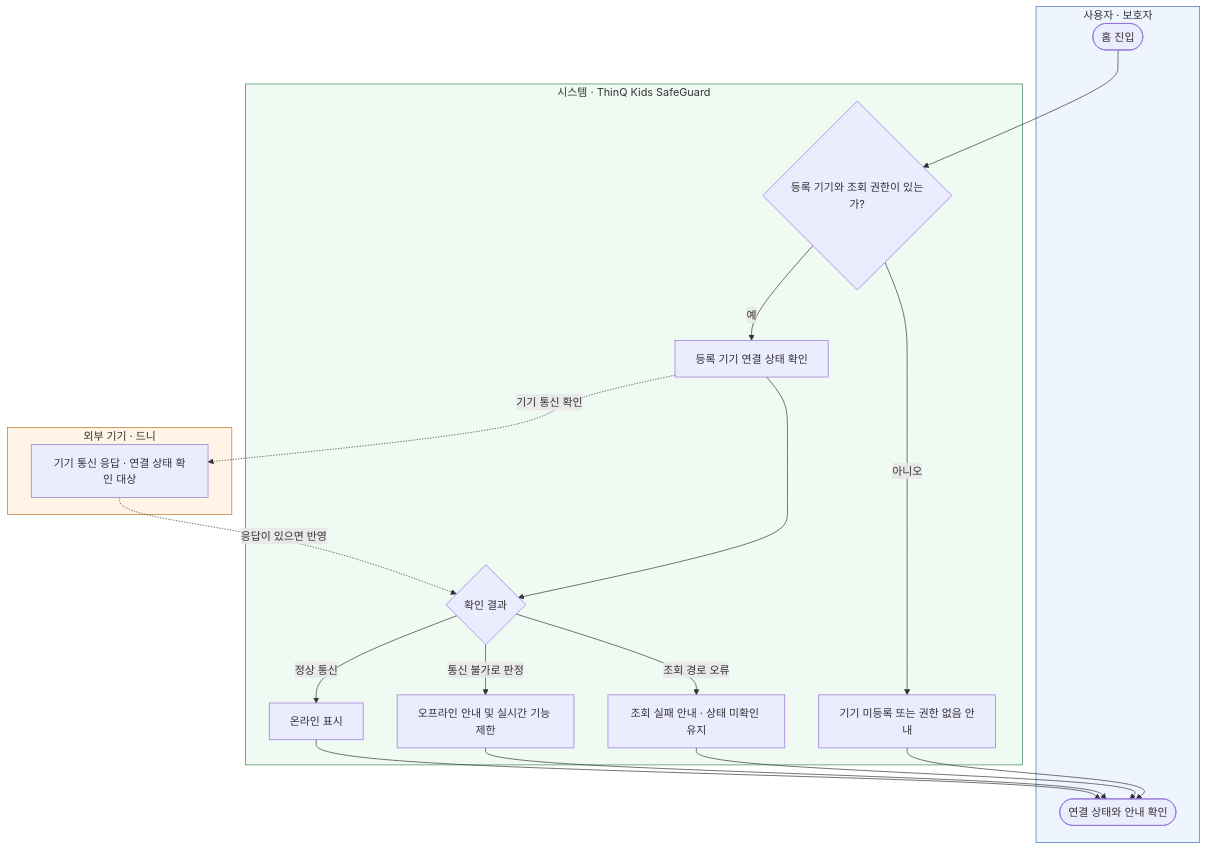
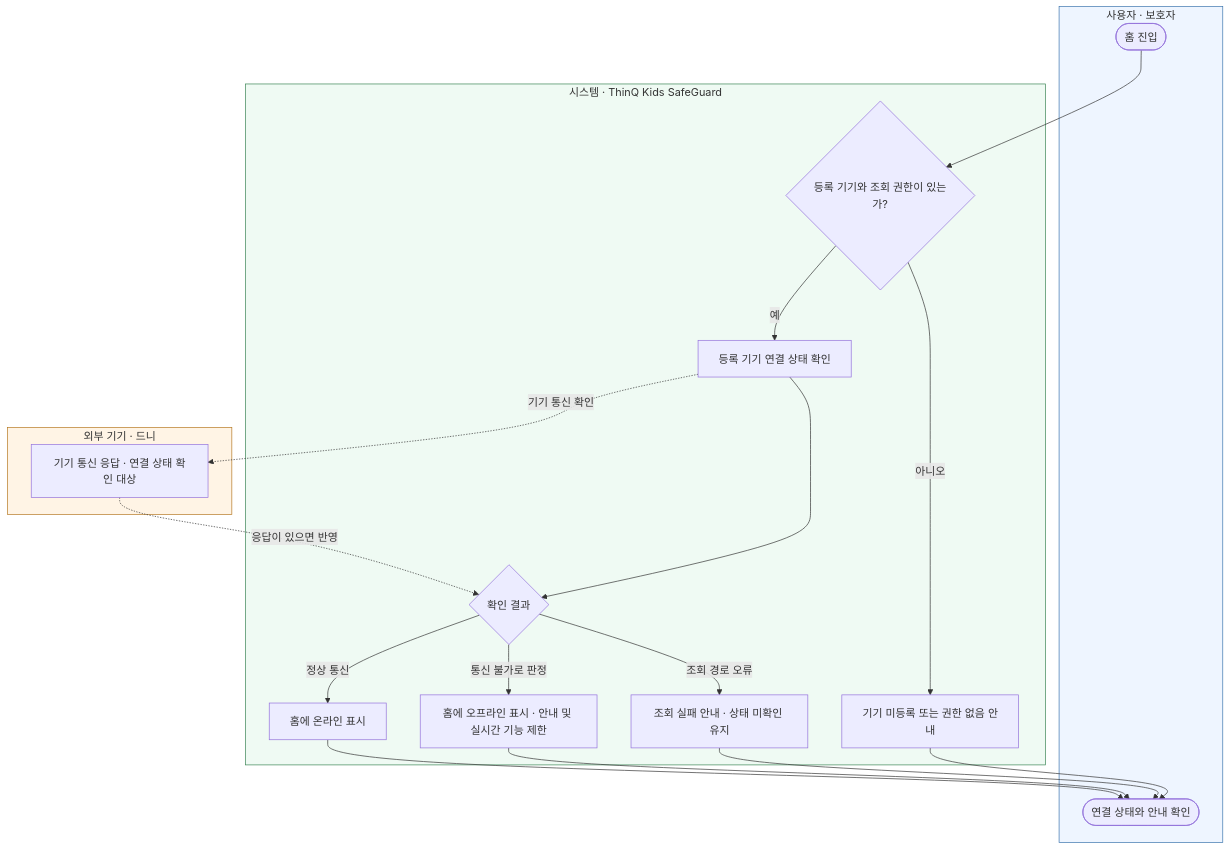
One commit to suim3690-hash/deni changed the diagram in docs/서비스흐름도/01_기기연결상태확인.mmd. Above: the diagram before and after it, drawn with Mermaid. The commit also changed 12 other files, not shown here.

```diff
--- a/docs/서비스흐름도/01_기기연결상태확인.mmd
+++ b/docs/서비스흐름도/01_기기연결상태확인.mmd
@@ -1,30 +1,30 @@
 %% TKS_001 | FR-001~003 | 상태 판정 기준 D-04 미정
 flowchart TD
     subgraph USER["사용자 · 보호자"]
         U1(["홈 진입"])
         U2(["연결 상태와 안내 확인"])
     end
     subgraph SERVICE["시스템 · ThinQ Kids SafeGuard"]
         S1{"등록 기기와 조회 권한이 있는가?"}
         S2["등록 기기 연결 상태 확인"]
         S3{"확인 결과"}
-        S4["온라인 표시"]
-        S5["오프라인 안내 및 실시간 기능 제한"]
+        S4["홈에 온라인 표시"]
+        S5["홈에 오프라인 표시 · 안내 및 실시간 기능 제한"]
         S6["조회 실패 안내 · 상태 미확인 유지"]
         S7["기기 미등록 또는 권한 없음 안내"]
     end
     subgraph DEVICE["외부 기기 · 드니"]
         D1["기기 통신 응답 · 연결 상태 확인 대상"]
     end
     U1 --> S1
     S1 -->|예| S2
     S1 -->|아니오| S7 --> U2
     S2 -. "기기 통신 확인" .-> D1
     D1 -. "응답이 있으면 반영" .-> S3
     S2 --> S3
     S3 -->|정상 통신| S4 --> U2
     S3 -->|통신 불가로 판정| S5 --> U2
     S3 -->|조회 경로 오류| S6 --> U2
     style USER fill:#eef5ff,stroke:#3973ac
     style SERVICE fill:#effaf3,stroke:#398353
     style DEVICE fill:#fff4e5,stroke:#b47720
```
